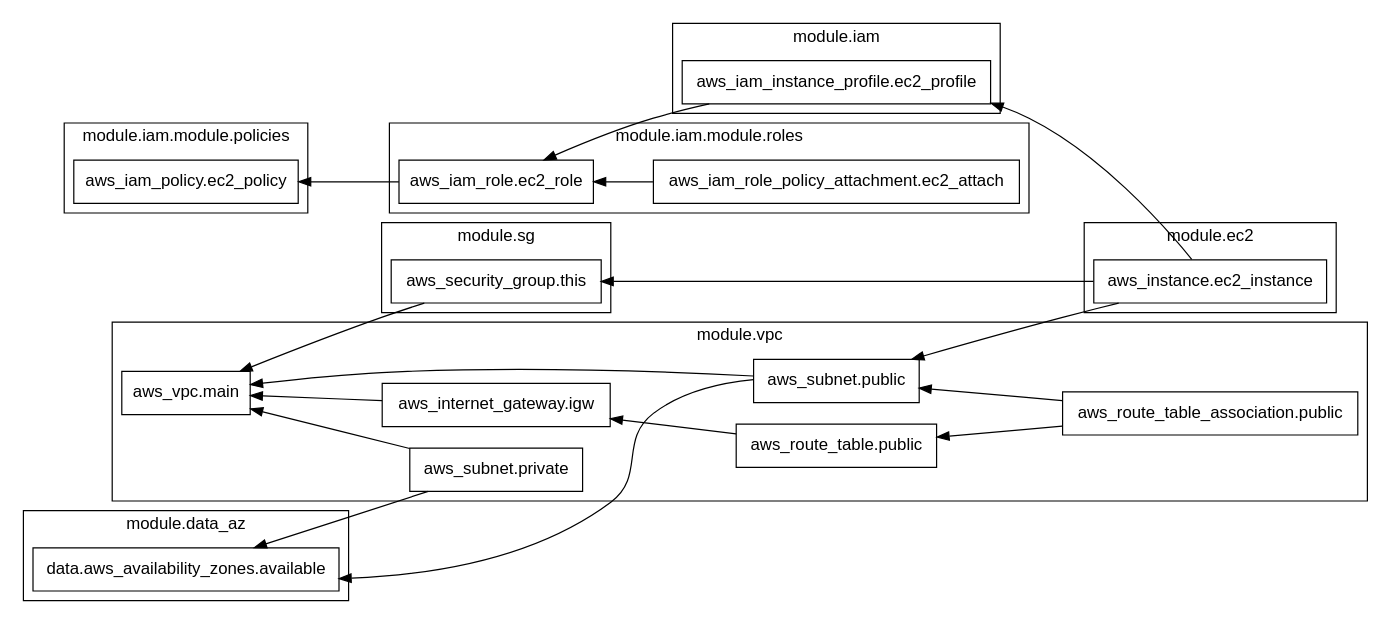
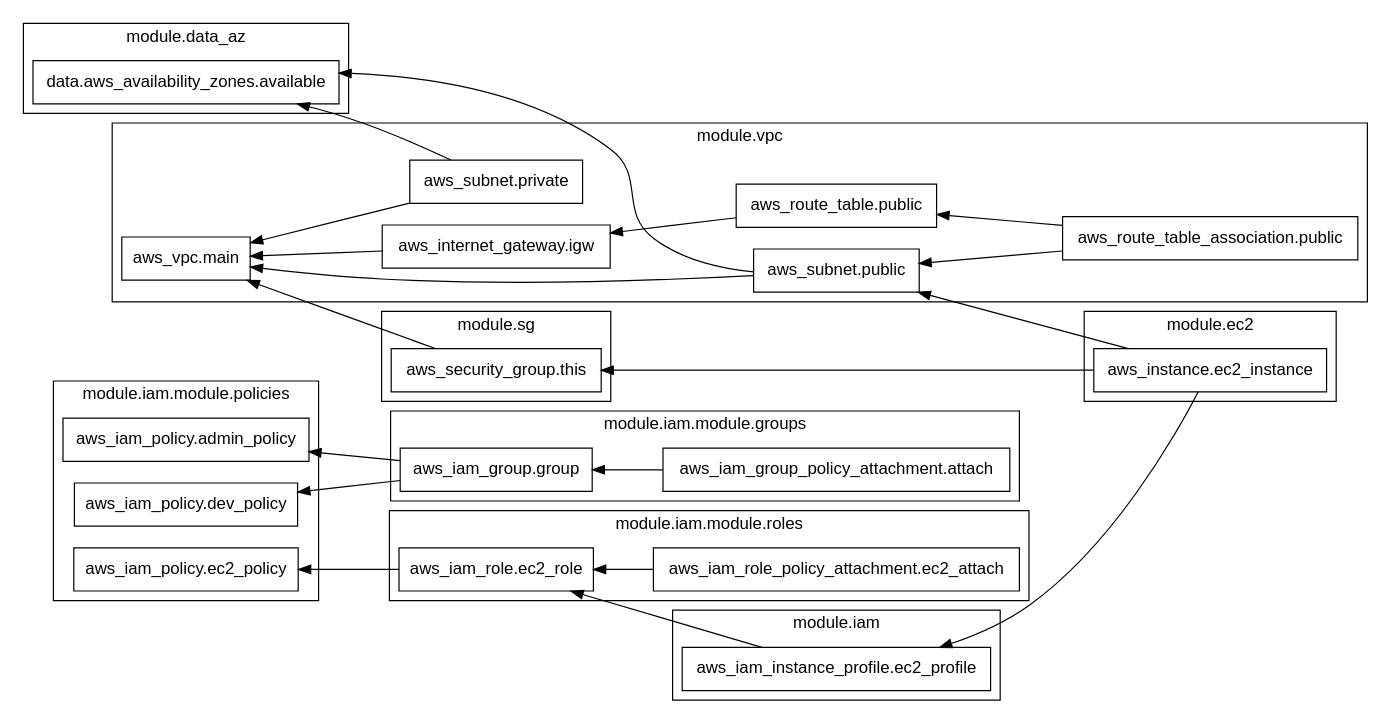
The diagram in graph.dot (umarbkh/terraform-cicd), drawn with Graphviz before and after one commit. The commit also changed 11 other files, not shown here.

Commit message:
adding iam/groups sub module

```diff
--- a/graph.dot
+++ b/graph.dot
@@ -1,60 +1,71 @@
 digraph G {
   rankdir = "RL";
   node [shape = rect, fontname = "sans-serif"];
   subgraph "cluster_module.data_az" {
     label = "module.data_az"
     fontname = "sans-serif"
     "module.data_az.data.aws_availability_zones.available" [label="data.aws_availability_zones.available"];
   }
   subgraph "cluster_module.ec2" {
     label = "module.ec2"
     fontname = "sans-serif"
     "module.ec2.aws_instance.ec2_instance" [label="aws_instance.ec2_instance"];
   }
   subgraph "cluster_module.iam" {
     label = "module.iam"
     fontname = "sans-serif"
     "module.iam.aws_iam_instance_profile.ec2_profile" [label="aws_iam_instance_profile.ec2_profile"];
   }
+  subgraph "cluster_module.iam.module.groups" {
+    label = "module.iam.module.groups"
+    fontname = "sans-serif"
+    "module.iam.module.groups.aws_iam_group.group" [label="aws_iam_group.group"];
+    "module.iam.module.groups.aws_iam_group_policy_attachment.attach" [label="aws_iam_group_policy_attachment.attach"];
+  }
   subgraph "cluster_module.iam.module.policies" {
     label = "module.iam.module.policies"
     fontname = "sans-serif"
+    "module.iam.module.policies.aws_iam_policy.admin_policy" [label="aws_iam_policy.admin_policy"];
+    "module.iam.module.policies.aws_iam_policy.dev_policy" [label="aws_iam_policy.dev_policy"];
     "module.iam.module.policies.aws_iam_policy.ec2_policy" [label="aws_iam_policy.ec2_policy"];
   }
   subgraph "cluster_module.iam.module.roles" {
     label = "module.iam.module.roles"
     fontname = "sans-serif"
     "module.iam.module.roles.aws_iam_role.ec2_role" [label="aws_iam_role.ec2_role"];
     "module.iam.module.roles.aws_iam_role_policy_attachment.ec2_attach" [label="aws_iam_role_policy_attachment.ec2_attach"];
   }
   subgraph "cluster_module.sg" {
     label = "module.sg"
     fontname = "sans-serif"
     "module.sg.aws_security_group.this" [label="aws_security_group.this"];
   }
   subgraph "cluster_module.vpc" {
     label = "module.vpc"
     fontname = "sans-serif"
     "module.vpc.aws_internet_gateway.igw" [label="aws_internet_gateway.igw"];
     "module.vpc.aws_route_table.public" [label="aws_route_table.public"];
     "module.vpc.aws_route_table_association.public" [label="aws_route_table_association.public"];
     "module.vpc.aws_subnet.private" [label="aws_subnet.private"];
     "module.vpc.aws_subnet.public" [label="aws_subnet.public"];
     "module.vpc.aws_vpc.main" [label="aws_vpc.main"];
   }
   "module.ec2.aws_instance.ec2_instance" -> "module.iam.aws_iam_instance_profile.ec2_profile";
   "module.ec2.aws_instance.ec2_instance" -> "module.sg.aws_security_group.this";
   "module.ec2.aws_instance.ec2_instance" -> "module.vpc.aws_subnet.public";
   "module.iam.aws_iam_instance_profile.ec2_profile" -> "module.iam.module.roles.aws_iam_role.ec2_role";
+  "module.iam.module.groups.aws_iam_group.group" -> "module.iam.module.policies.aws_iam_policy.admin_policy";
+  "module.iam.module.groups.aws_iam_group.group" -> "module.iam.module.policies.aws_iam_policy.dev_policy";
+  "module.iam.module.groups.aws_iam_group_policy_attachment.attach" -> "module.iam.module.groups.aws_iam_group.group";
   "module.iam.module.roles.aws_iam_role.ec2_role" -> "module.iam.module.policies.aws_iam_policy.ec2_policy";
   "module.iam.module.roles.aws_iam_role_policy_attachment.ec2_attach" -> "module.iam.module.roles.aws_iam_role.ec2_role";
   "module.sg.aws_security_group.this" -> "module.vpc.aws_vpc.main";
   "module.vpc.aws_internet_gateway.igw" -> "module.vpc.aws_vpc.main";
   "module.vpc.aws_route_table.public" -> "module.vpc.aws_internet_gateway.igw";
   "module.vpc.aws_route_table_association.public" -> "module.vpc.aws_route_table.public";
   "module.vpc.aws_route_table_association.public" -> "module.vpc.aws_subnet.public";
   "module.vpc.aws_subnet.private" -> "module.data_az.data.aws_availability_zones.available";
   "module.vpc.aws_subnet.private" -> "module.vpc.aws_vpc.main";
   "module.vpc.aws_subnet.public" -> "module.data_az.data.aws_availability_zones.available";
   "module.vpc.aws_subnet.public" -> "module.vpc.aws_vpc.main";
 }
```
